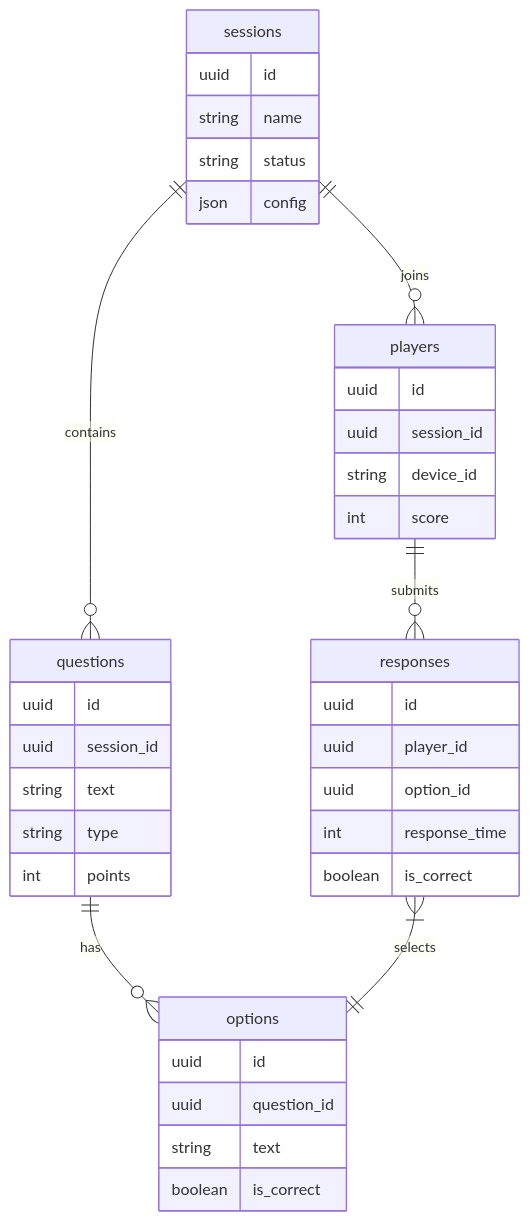
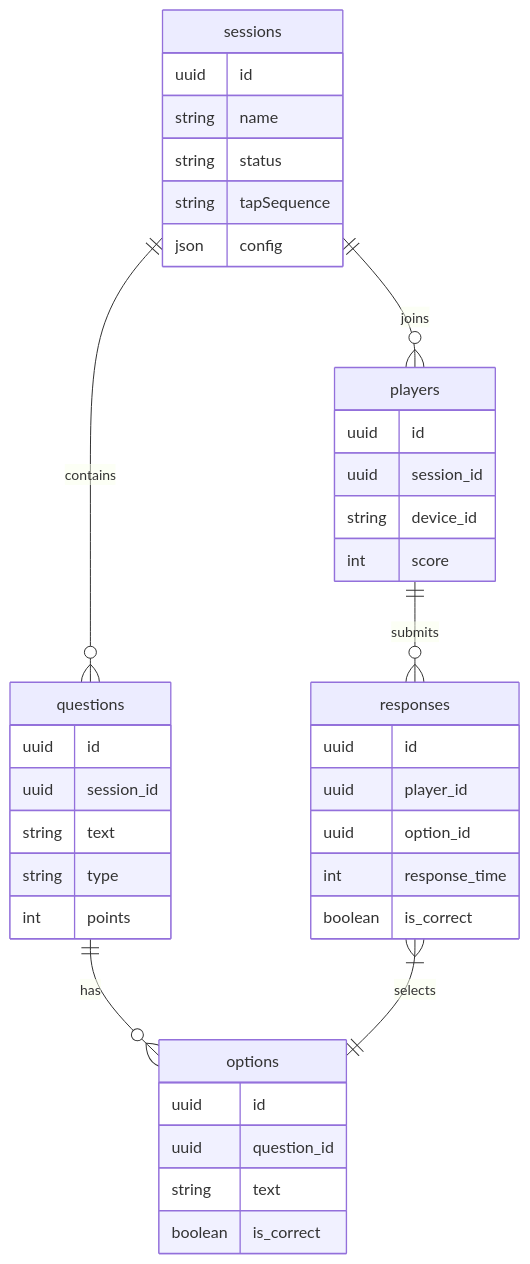
One commit to jiaweing/IoT-Quiz changed the third of 3 diagrams in README.md. Above: the diagram before and after it, drawn with Mermaid.

````diff
--- a/README.md
+++ b/README.md
@@ -84,45 +84,46 @@
 ```mermaid
 erDiagram
     sessions ||--o{ questions : contains
     questions ||--o{ options : has
     sessions ||--o{ players : joins
     players ||--o{ responses : submits
     responses }|--|| options : selects
 
     sessions {
         uuid id
         string name
         string status
+        string tapSequence
         json config
     }
 
     questions {
         uuid id
         uuid session_id
         string text
         string type
         int points
     }
 
     options {
         uuid id
         uuid question_id
         string text
         boolean is_correct
     }
 
     players {
         uuid id
         uuid session_id
         string device_id
         int score
     }
 
     responses {
         uuid id
         uuid player_id
         uuid option_id
         int response_time
         boolean is_correct
     }
 ```
````
